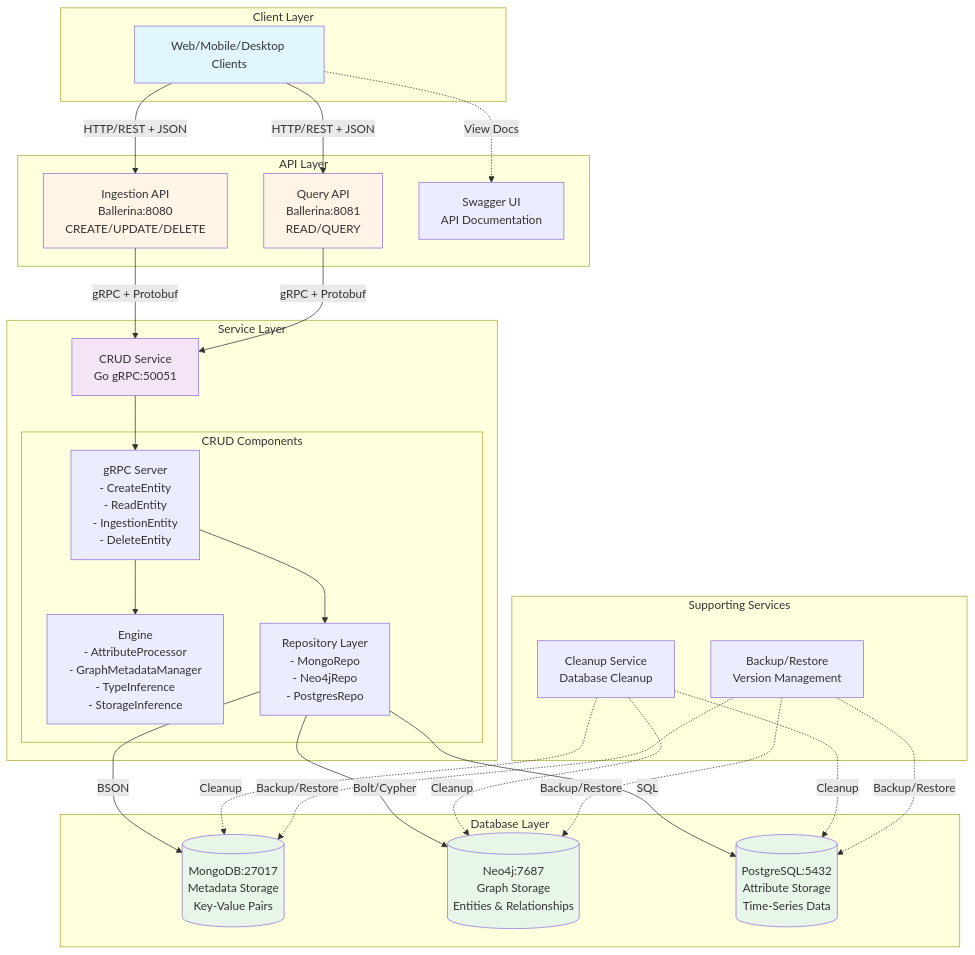
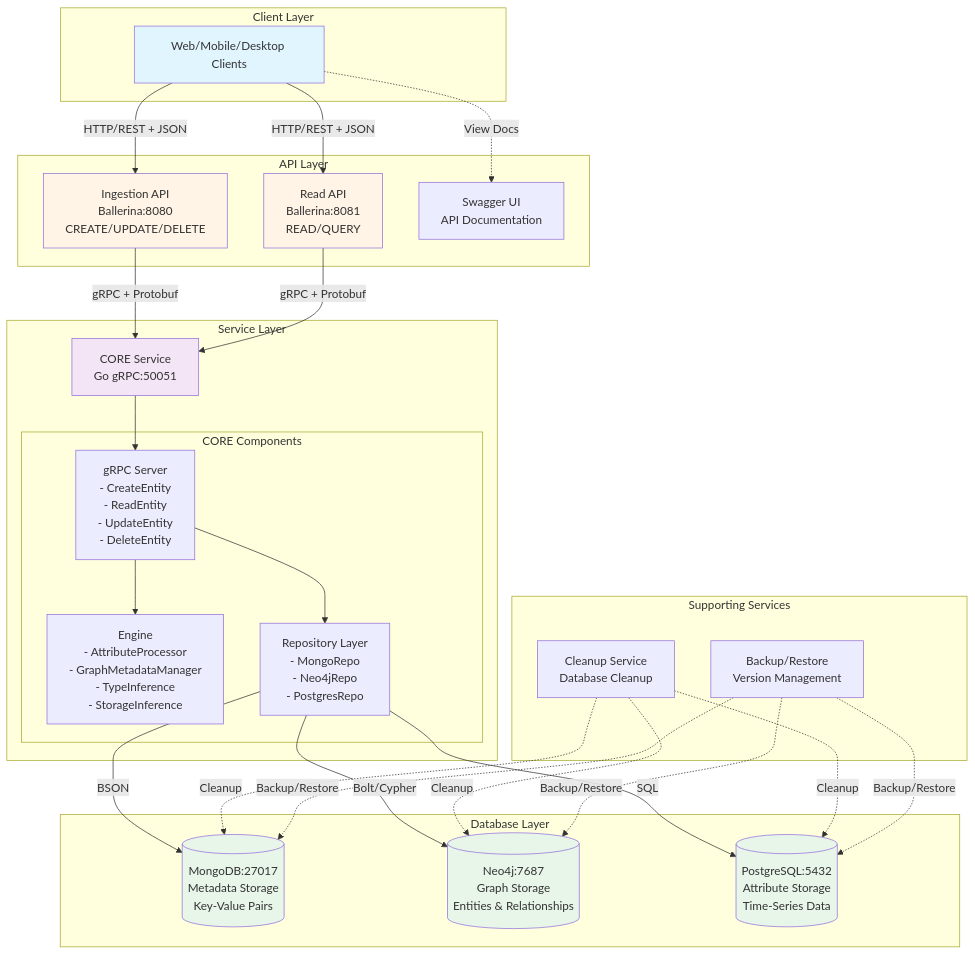
The first of 10 diagrams in docs/architecture/diagrams.md (LDFLK/nexoan), drawn with Mermaid before and after one commit. The commit also changed other lines of this file and 14 other files, not shown here.

````diff
--- a/docs/architecture/diagrams.md
+++ b/docs/architecture/diagrams.md
@@ -9,64 +9,64 @@
 ```mermaid
 graph TB
     subgraph "Client Layer"
         Client[Web/Mobile/Desktop Clients]
     end
     
     subgraph "API Layer"
         IngestionAPI[Ingestion API<br/>Ballerina:8080<br/>CREATE/UPDATE/DELETE]
-        QueryAPI[Query API<br/>Ballerina:8081<br/>READ/QUERY]
+        ReadAPI[Read API<br/>Ballerina:8081<br/>READ/QUERY]
         SwaggerUI[Swagger UI<br/>API Documentation]
     end
     
     subgraph "Service Layer"
-        CRUD[CRUD Service<br/>Go gRPC:50051]
+        CORE[CORE Service<br/>Go gRPC:50051]
         
-        subgraph "CRUD Components"
-            Server[gRPC Server<br/>- CreateEntity<br/>- ReadEntity<br/>- IngestionEntity<br/>- DeleteEntity]
+        subgraph "CORE Components"
+            Server[gRPC Server<br/>- CreateEntity<br/>- ReadEntity<br/>- UpdateEntity<br/>- DeleteEntity]
             Engine[Engine<br/>- AttributeProcessor<br/>- GraphMetadataManager<br/>- TypeInference<br/>- StorageInference]
             Repos[Repository Layer<br/>- MongoRepo<br/>- Neo4jRepo<br/>- PostgresRepo]
         end
     end
     
     subgraph "Database Layer"
         MongoDB[(MongoDB:27017<br/>Metadata Storage<br/>Key-Value Pairs)]
         Neo4j[(Neo4j:7687<br/>Graph Storage<br/>Entities & Relationships)]
         PostgreSQL[(PostgreSQL:5432<br/>Attribute Storage<br/>Time-Series Data)]
     end
     
     subgraph "Supporting Services"
         Cleanup[Cleanup Service<br/>Database Cleanup]
         Backup[Backup/Restore<br/>Version Management]
     end
     
     Client -->|HTTP/REST + JSON| IngestionAPI
-    Client -->|HTTP/REST + JSON| QueryAPI
+    Client -->|HTTP/REST + JSON| ReadAPI
     Client -.->|View Docs| SwaggerUI
     
-    IngestionAPI -->|gRPC + Protobuf| CRUD
-    QueryAPI -->|gRPC + Protobuf| CRUD
+    IngestionAPI -->|gRPC + Protobuf| CORE
+    ReadAPI -->|gRPC + Protobuf| CORE
     
-    CRUD --> Server
+    CORE --> Server
     Server --> Engine
     Server --> Repos
     
     Repos -->|BSON| MongoDB
     Repos -->|Bolt/Cypher| Neo4j
     Repos -->|SQL| PostgreSQL
     
     Cleanup -.->|Cleanup| MongoDB
     Cleanup -.->|Cleanup| Neo4j
     Cleanup -.->|Cleanup| PostgreSQL
     
     Backup -.->|Backup/Restore| MongoDB
     Backup -.->|Backup/Restore| Neo4j
     Backup -.->|Backup/Restore| PostgreSQL
     
     style Client fill:#e1f5ff
     style IngestionAPI fill:#fff4e6
-    style QueryAPI fill:#fff4e6
-    style CRUD fill:#f3e5f5
+    style ReadAPI fill:#fff4e6
+    style CORE fill:#f3e5f5
     style MongoDB fill:#e8f5e9
     style Neo4j fill:#e8f5e9
     style PostgreSQL fill:#e8f5e9
 ```
````
